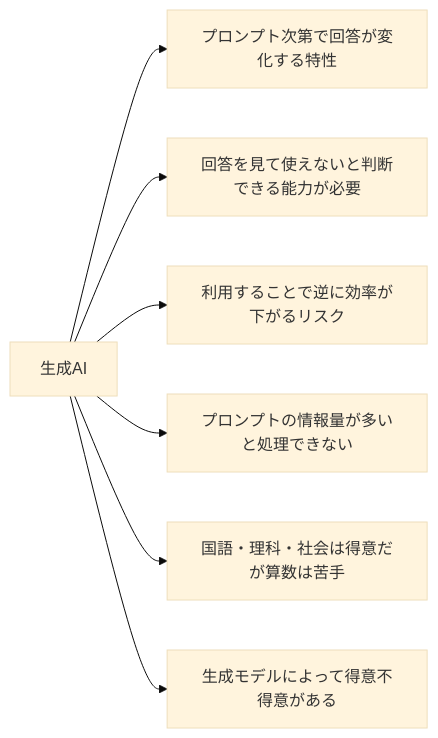
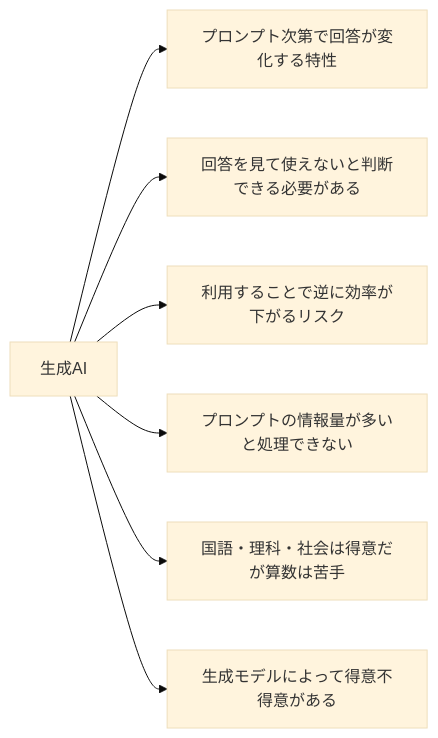
Before and after one commit to SparklingDetergent/doc_genai_Using_Generative_AI_with_Mac_Mini_-Introduction-: the fourth of 14 diagrams in README.md, drawn with Mermaid (base theme).

````diff
--- a/README.md
+++ b/README.md
@@ -77,9 +77,9 @@
 ```mermaid
 graph LR
     A[生成AI] --> F[プロンプト次第で回答が変化する特性]
-    A --> G[回答を見て使えないと判断できる能力が必要]
+    A --> G[回答を見て使えないと判断できる必要がある]
     A --> B[利用することで逆に効率が下がるリスク]
     A --> E[プロンプトの情報量が多いと処理できない]
     A --> C[国語・理科・社会は得意だが算数は苦手]
     A --> D[生成モデルによって得意不得意がある]
 ```
````
